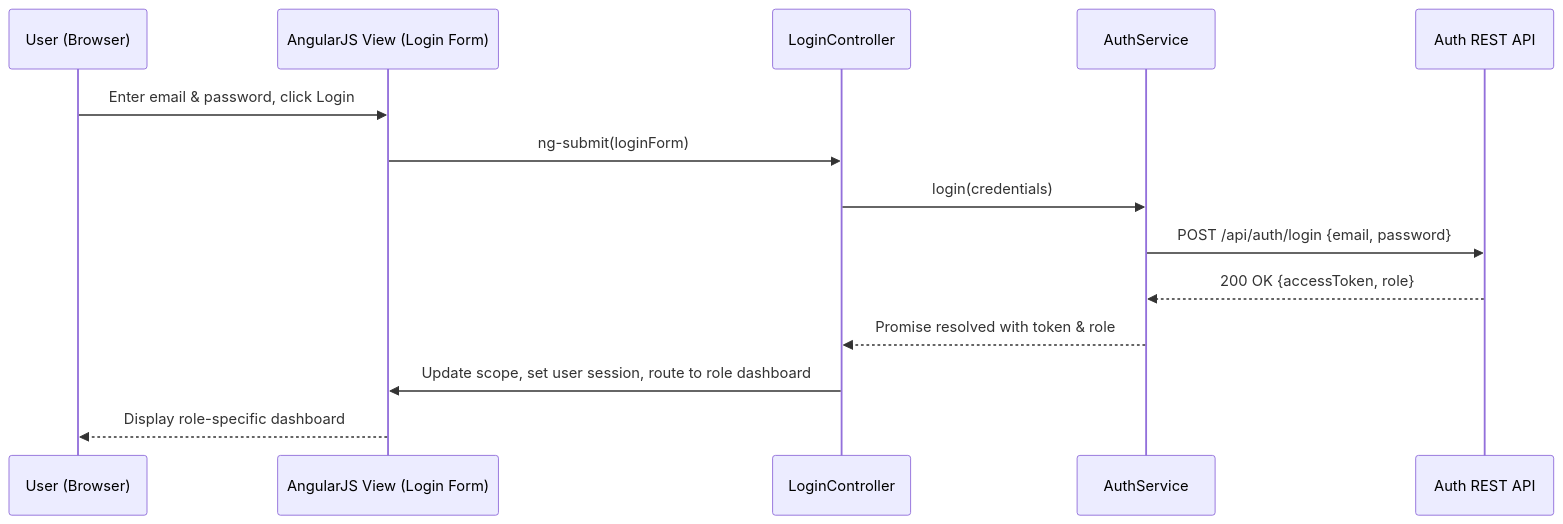
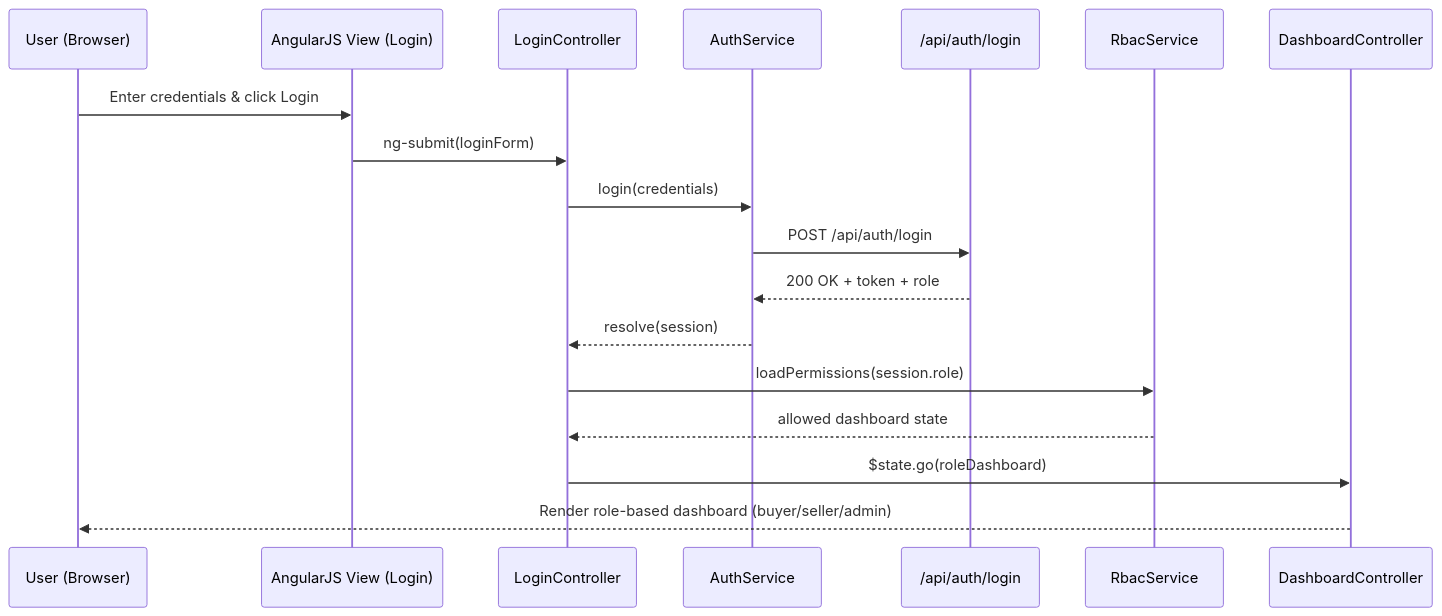
Before and after one commit to Davamani-git/APB_Demo: the diagram in LLD/QE-4524_LLD.md, drawn with Mermaid. The commit also changed other lines of this file, not shown here.

````diff
--- a/LLD/QE-4524_LLD.md
+++ b/LLD/QE-4524_LLD.md
@@ -85,17 +112,21 @@
 ```mermaid
 sequenceDiagram
     participant U as User (Browser)
-    participant V as AngularJS View (Login Form)
+    participant V as AngularJS View (Login)
     participant C as LoginController
     participant S as AuthService
-    participant API as Auth REST API
+    participant API as /api/auth/login
+    participant RBAC as RbacService
+    participant D as DashboardController
 
-    U->>V: Enter email & password, click Login
+    U->>V: Enter credentials & click Login
     V->>C: ng-submit(loginForm)
     C->>S: login(credentials)
-    S->>API: POST /api/auth/login {email, password}
-    API-->>S: 200 OK {accessToken, role}
-    S-->>C: Promise resolved with token & role
-    C->>V: Update scope, set user session, route to role dashboard
-    V-->>U: Display role-specific dashboard
+    S->>API: POST /api/auth/login
+    API-->>S: 200 OK + token + role
+    S-->>C: resolve(session)
+    C->>RBAC: loadPermissions(session.role)
+    RBAC-->>C: allowed dashboard state
+    C->>D: $state.go(roleDashboard)
+    D-->>U: Render role-based dashboard (buyer/seller/admin)
 ```
````
